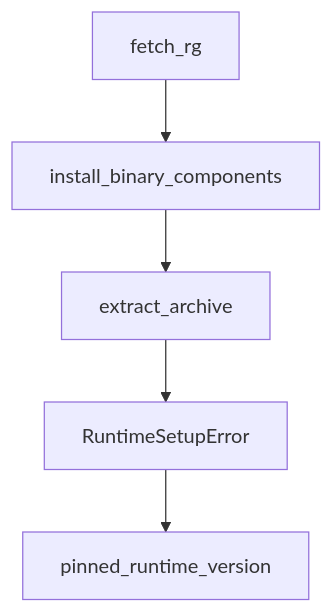
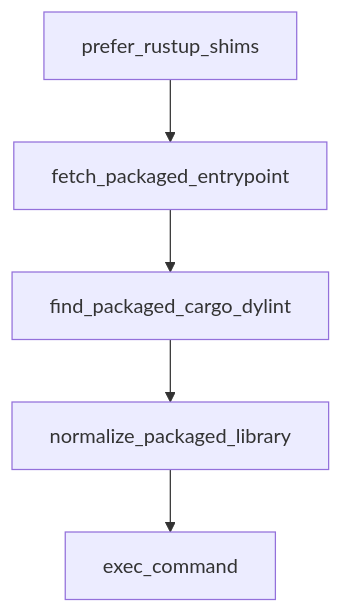
One commit to johnxie/awesome-code-docs changed the diagram in tutorials/codex-cli-tutorial/07-advanced-configuration-and-policy-controls.md. Above: the diagram before and after it, drawn with Mermaid. The commit also changed other lines of this file and 1232 other files, not shown here.

````diff
--- a/tutorials/codex-cli-tutorial/07-advanced-configuration-and-policy-controls.md
+++ b/tutorials/codex-cli-tutorial/07-advanced-configuration-and-policy-controls.md
@@ -212,12 +206,12 @@
 ```mermaid
 flowchart TD
-    A[fetch_rg]
-    B[install_binary_components]
-    C[extract_archive]
-    D[RuntimeSetupError]
-    E[pinned_runtime_version]
+    A[prefer_rustup_shims]
+    B[fetch_packaged_entrypoint]
+    C[find_packaged_cargo_dylint]
+    D[normalize_packaged_library]
+    E[exec_command]
     A --> B
     B --> C
     C --> D
     D --> E
 ```
````
